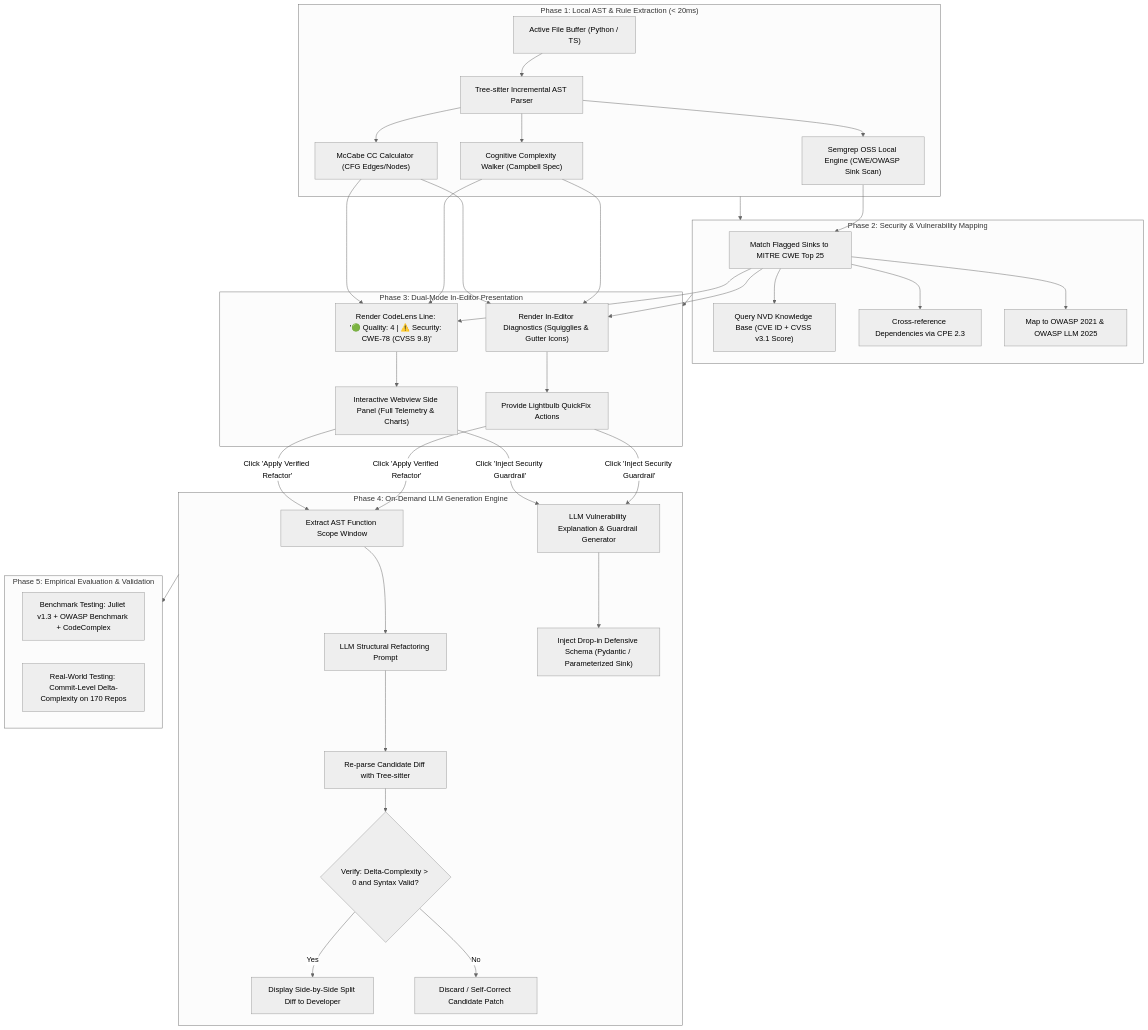
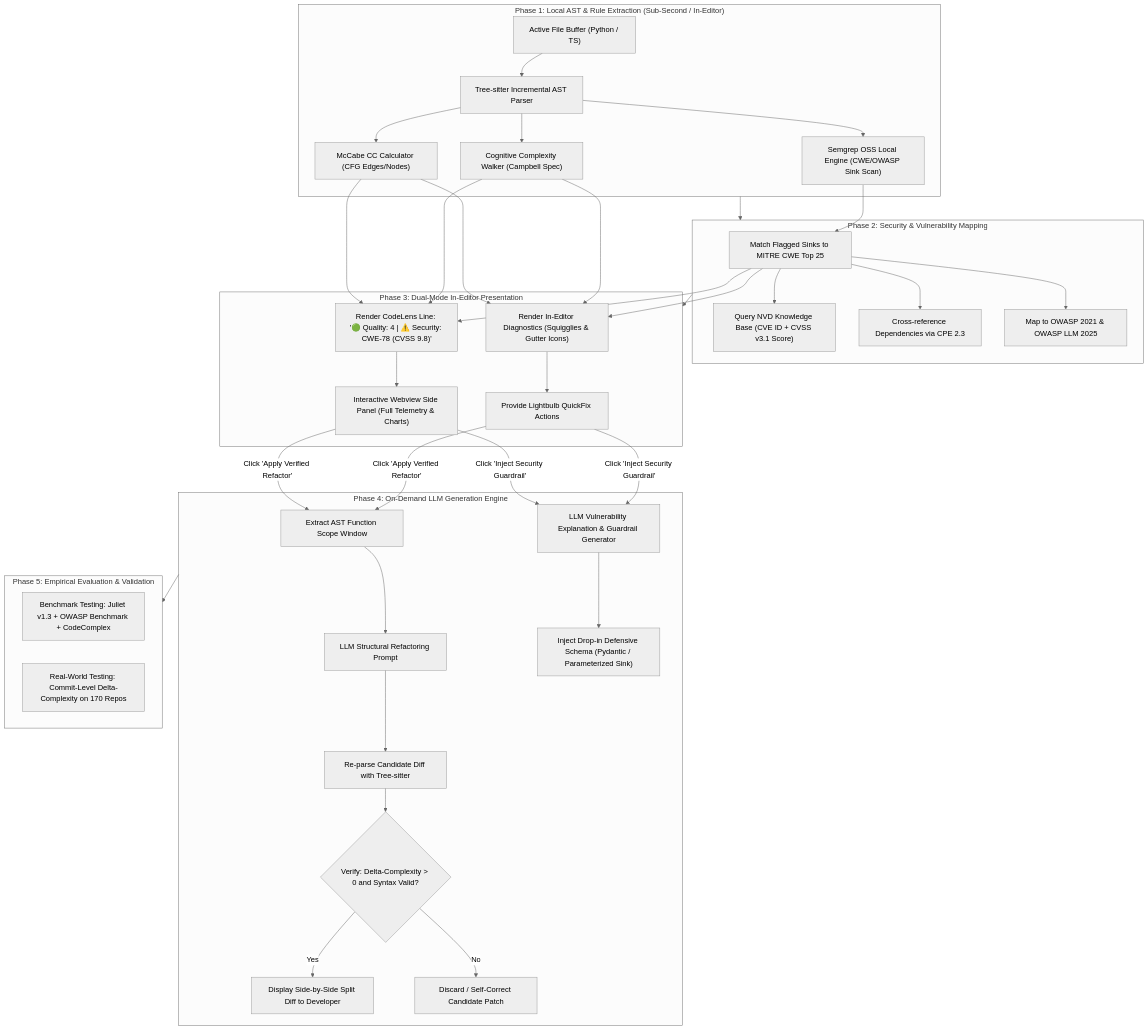
The second of 4 diagrams in 01_project_proposals/01_Project_Specification.md (Fool-Penguin/Senior-Project), drawn with Mermaid (neutral theme) before and after one commit. The commit also changed other lines of this file and 1 other file, not shown here.

````diff
--- a/01_project_proposals/01_Project_Specification.md
+++ b/01_project_proposals/01_Project_Specification.md
@@ -184,43 +184,43 @@
 ```mermaid
 flowchart TD
-    subgraph Phase1 ["Phase 1: Local AST & Rule Extraction (< 20ms)"]
+    subgraph Phase1 ["Phase 1: Local AST & Rule Extraction (Sub-Second / In-Editor)"]
         P1A["Active File Buffer (Python / TS)"] --> P1B["Tree-sitter Incremental AST Parser"]
         P1B --> P1C["Cognitive Complexity Walker (Campbell Spec)"]
         P1B --> P1D["McCabe CC Calculator (CFG Edges/Nodes)"]
         P1B --> P1E["Semgrep OSS Local Engine (CWE/OWASP Sink Scan)"]
     end
 
     subgraph Phase2 ["Phase 2: Security & Vulnerability Mapping"]
         P1E --> P2A["Match Flagged Sinks to MITRE CWE Top 25"]
         P2A --> P2B["Query NVD Knowledge Base (CVE ID + CVSS v3.1 Score)"]
         P2A --> P2C["Cross-reference Dependencies via CPE 2.3"]
         P2A --> P2D["Map to OWASP 2021 & OWASP LLM 2025"]
     end
 
     subgraph Phase3 ["Phase 3: Dual-Mode In-Editor Presentation"]
         P1C & P1D & P2A --> P3A["Render In-Editor Diagnostics (Squigglies & Gutter Icons)"]
         P1C & P1D & P2A --> P3B["Render CodeLens Line: '🟢 Quality: 4 | ⚠️ Security: CWE-78 (CVSS 9.8)'"]
         P3A --> P3C["Provide Lightbulb QuickFix Actions"]
         P3B --> P3D["Interactive Webview Side Panel (Full Telemetry & Charts)"]
     end
 
     subgraph Phase4 ["Phase 4: On-Demand LLM Generation Engine"]
         P3C & P3D -->|"Click 'Apply Verified Refactor'"| P4A["Extract AST Function Scope Window"]
         P4A --> P4B["LLM Structural Refactoring Prompt"]
         P4B --> P4C["Re-parse Candidate Diff with Tree-sitter"]
         P4C --> P4D{"Verify: Delta-Complexity > 0 and Syntax Valid?"}
         P4D -->|"Yes"| P4E["Display Side-by-Side Split Diff to Developer"]
         P4D -->|"No"| P4F["Discard / Self-Correct Candidate Patch"]
         
         P3C & P3D -->|"Click 'Inject Security Guardrail'"| P4G["LLM Vulnerability Explanation & Guardrail Generator"]
         P4G --> P4H["Inject Drop-in Defensive Schema (Pydantic / Parameterized Sink)"]
     end
 
     subgraph Phase5 ["Phase 5: Empirical Evaluation & Validation"]
         P5A["Benchmark Testing: Juliet v1.3 + OWASP Benchmark + CodeComplex"]
         P5B["Real-World Testing: Commit-Level Delta-Complexity on 170 Repos"]
     end
 
     Phase1 --> Phase2 --> Phase3
     Phase4 --> Phase5
 ```
````
